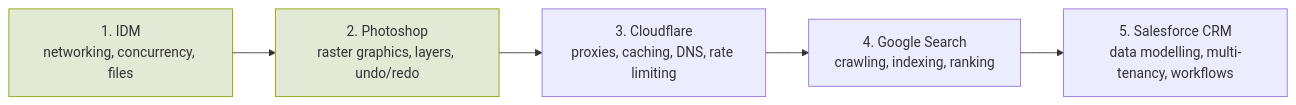
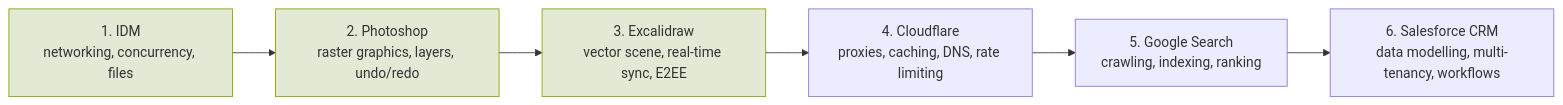
The diagram in content/meta/roadmap.md (Fatalshears/GlitchGallery), drawn with Mermaid before and after one commit. The commit also changed other lines of this file and 49 other files, not shown here.

````diff
--- a/content/meta/roadmap.md
+++ b/content/meta/roadmap.md
@@ -9,8 +9,9 @@
 ```mermaid
 flowchart LR
   A["1. IDM<br/>networking, concurrency, files"]:::done --> E["2. Photoshop<br/>raster graphics, layers, undo/redo"]:::done
-  E --> B["3. Cloudflare<br/>proxies, caching, DNS, rate limiting"]
-  B --> C["4. Google Search<br/>crawling, indexing, ranking"]
-  C --> D["5. Salesforce CRM<br/>data modelling, multi-tenancy, workflows"]
+  E --> X["3. Excalidraw<br/>vector scene, real-time sync, E2EE"]:::done
+  X --> B["4. Cloudflare<br/>proxies, caching, DNS, rate limiting"]
+  B --> C["5. Google Search<br/>crawling, indexing, ranking"]
+  C --> D["6. Salesforce CRM<br/>data modelling, multi-tenancy, workflows"]
   classDef done fill:#a7c08055,stroke:#8da101
 ```
````
